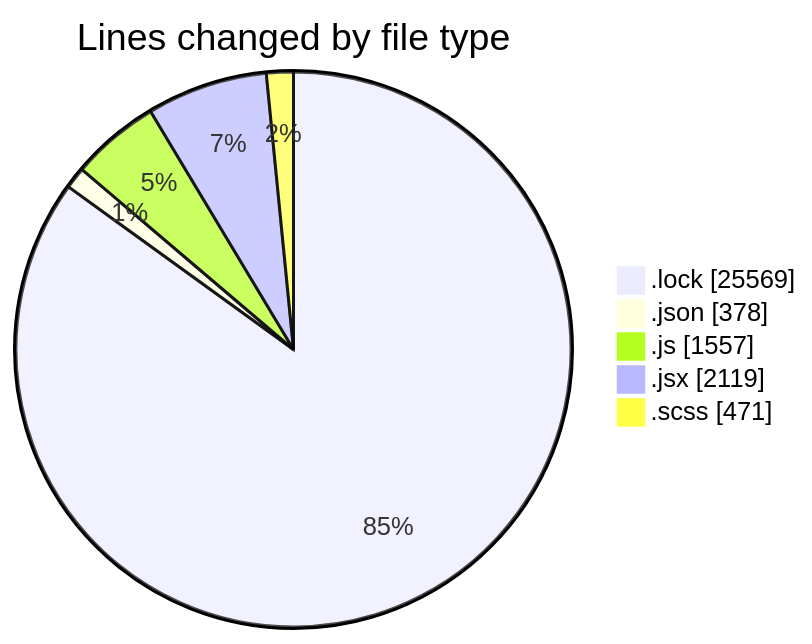
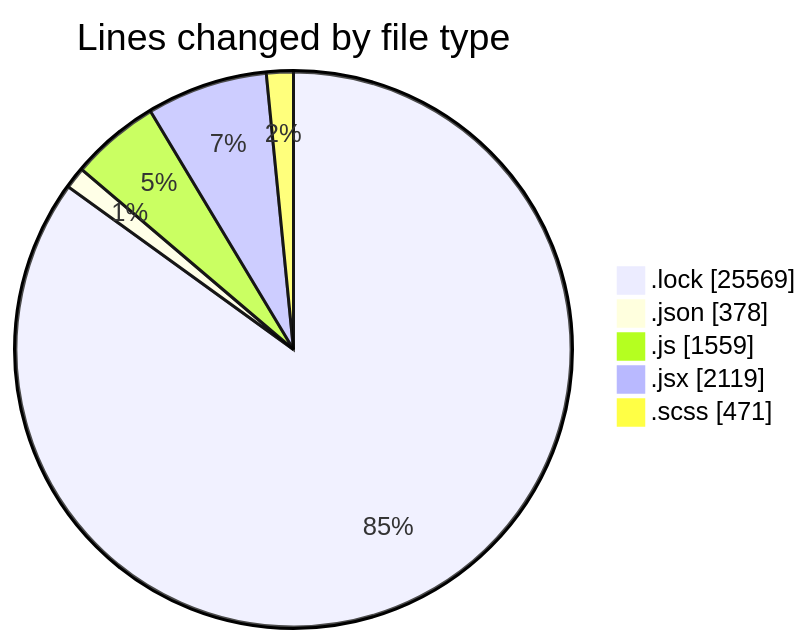
Before and after one commit to momahboobian/code-tracking: the first of 2 diagrams in 2026-01-07/cda/README.md, drawn with Mermaid. The commit also changed other lines of this file and 1 other file, not shown here.

````diff
--- a/2026-01-07/cda/README.md
+++ b/2026-01-07/cda/README.md
@@ -50,9 +50,9 @@
 ```mermaid
 pie showData
 title Lines changed by file type
 ".lock" : 25569
 ".json" : 378
-".js" : 1557
+".js" : 1559
 ".jsx" : 2119
 ".scss" : 471
 ```
````
